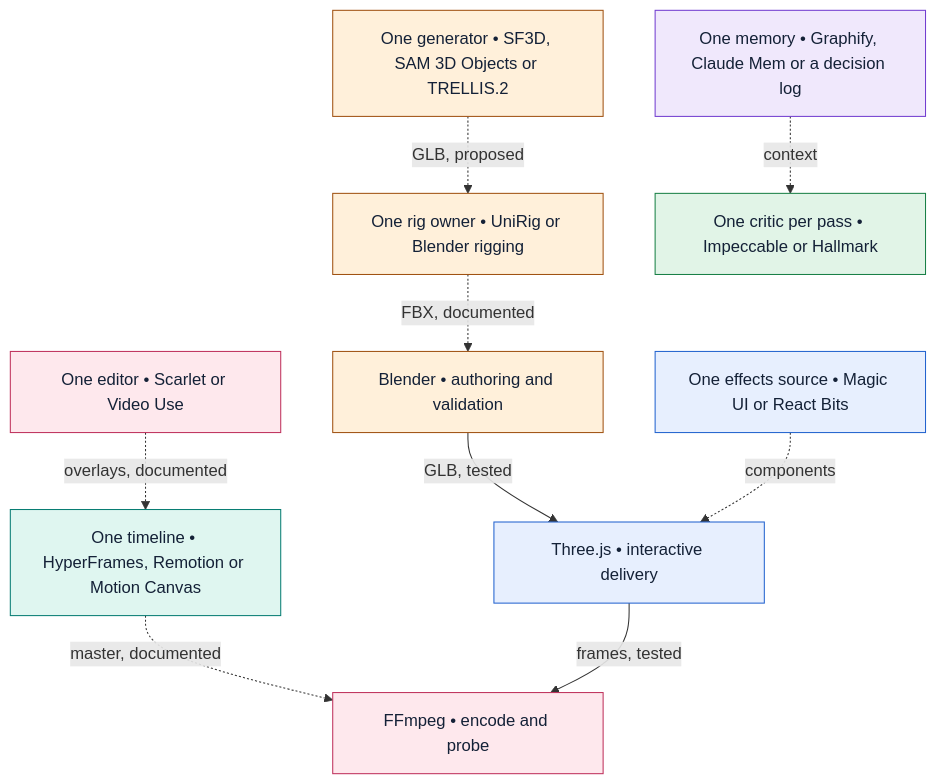
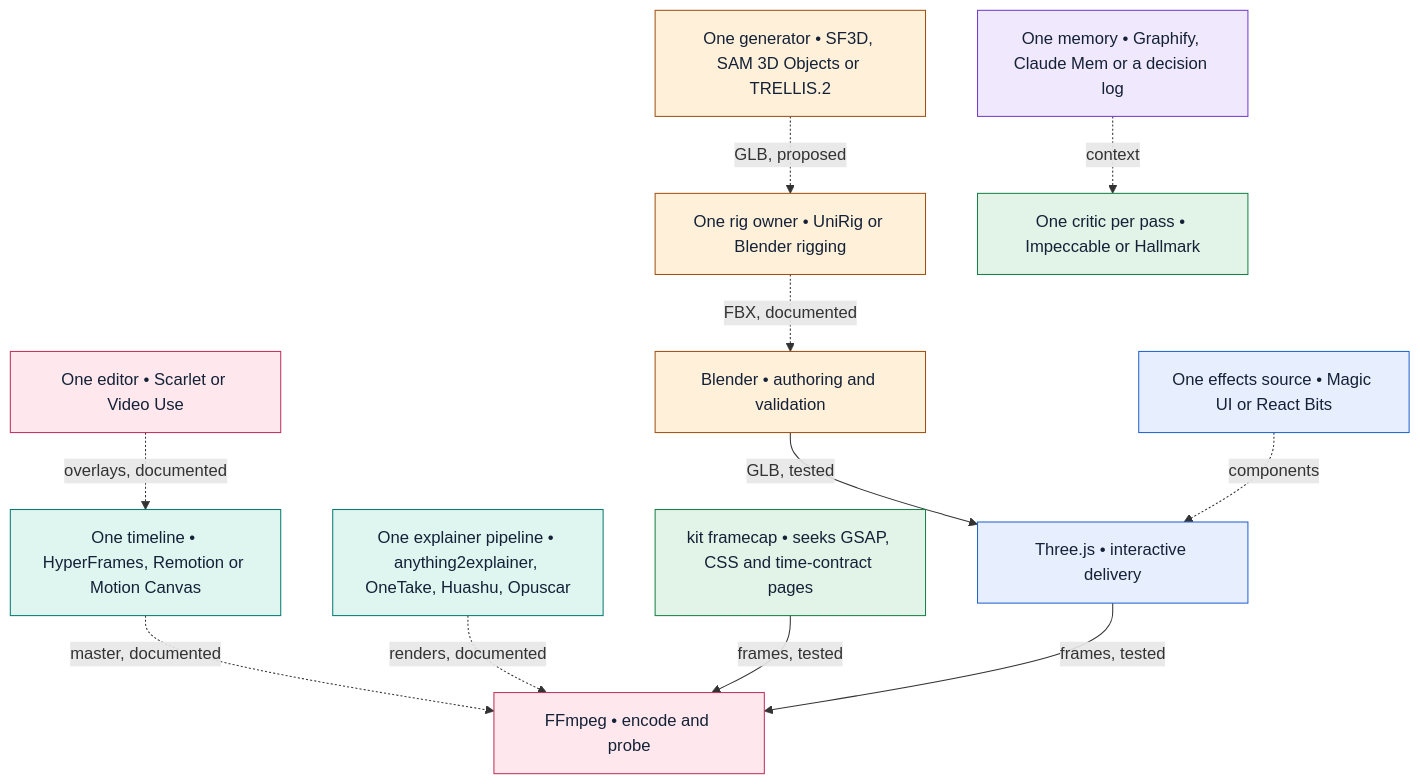
One commit to interplanetarycriminal/simlish changed the diagram in docs/ai-creative-stack/docs/diagrams/compatibility-overlap.mmd. Above: the diagram before and after it, drawn with Mermaid. The commit also changed 229 other files, not shown here.

```diff
--- a/docs/ai-creative-stack/docs/diagrams/compatibility-overlap.mmd
+++ b/docs/ai-creative-stack/docs/diagrams/compatibility-overlap.mmd
@@ -1,37 +1,43 @@
 %% render: auto
 %% title: Compatibility and functional overlap
 %% desc: Each card holds alternatives: pick one. Solid arrows were tested by a fixture here; dashed ones are documented upstream or proposed.
 flowchart TD
     %% rank: E 1
     %% rank: I 1
     %% rank: A 2
     %% rank: J 2
     %% rank: G 2
     %% rank: B 3
     %% rank: F 3
     %% rank: C 4
+    %% rank: X 2
+    %% rank: K 3
     D["One generator • SF3D, SAM 3D Objects or TRELLIS.2"]:::amber
     H["One memory • Graphify, Claude Mem or a decision log"]:::purple
     E["One rig owner • UniRig or Blender rigging"]:::amber
     I["One critic per pass • Impeccable or Hallmark"]:::green
     A["Blender • authoring and validation"]:::amber
     J["One effects source • Magic UI or React Bits"]:::blue
     G["One editor • Scarlet or Video Use"]:::rose
     B["Three.js • interactive delivery"]:::blue
     F["One timeline • HyperFrames, Remotion or Motion Canvas"]:::teal
+    X["One explainer pipeline • anything2explainer, OneTake, Huashu, Opuscar"]:::teal
+    K["kit framecap • seeks GSAP, CSS and time-contract pages"]:::green
     C["FFmpeg • encode and probe"]:::rose
     D -.->|GLB, proposed| E
     E -.->|FBX, documented| A
     G -.->|overlays, documented| F
     A -->|GLB, tested| B
     J -.->|components| B
     F -.->|master, documented| C
+    X -.->|renders, documented| C
+    K -->|frames, tested| C
     B -->|frames, tested| C
     H -.->|context| I
     classDef slate fill:#edf2f7,stroke:#596b84,color:#142137
     classDef purple fill:#f0e8fc,stroke:#733ed0,color:#142137
     classDef blue fill:#e7effe,stroke:#2363cf,color:#142137
     classDef amber fill:#fff0da,stroke:#a05212,color:#142137
     classDef teal fill:#dff6f0,stroke:#087d73,color:#142137
     classDef rose fill:#fee8ed,stroke:#bf315c,color:#142137
     classDef green fill:#e1f4e7,stroke:#198047,color:#142137
```
